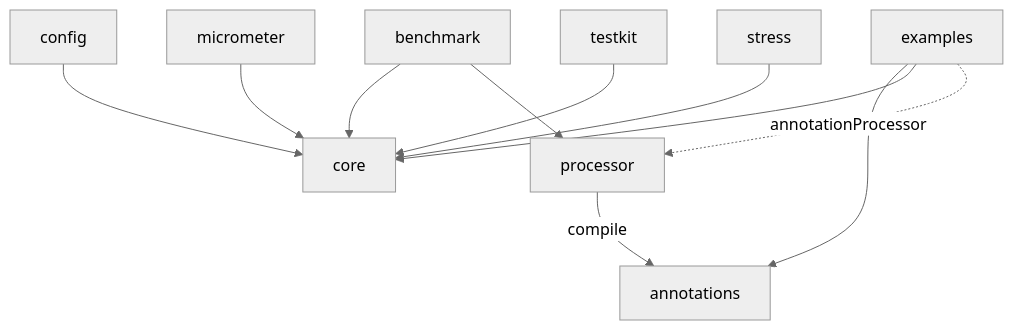
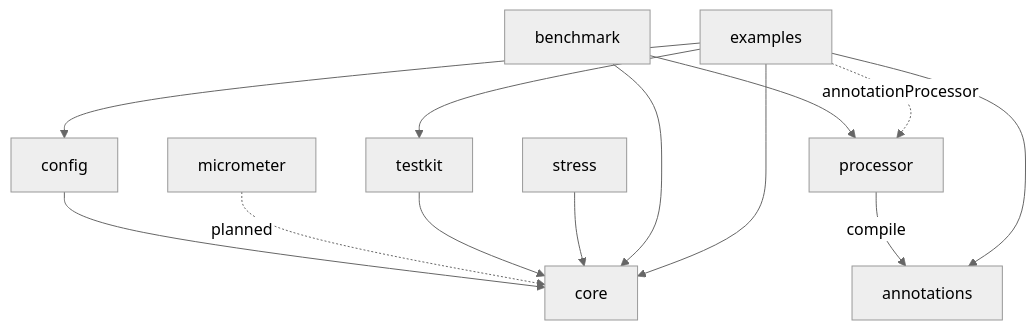
One commit to fabiangftech/resilience4cata changed the second of 2 diagrams in docs/en/architecture.md. Above: the diagram before and after it, drawn with Mermaid (neutral theme). The commit also changed other lines of this file and 62 other files, not shown here.

````diff
--- a/docs/en/architecture.md
+++ b/docs/en/architecture.md
@@ -133,13 +165,15 @@
 ```mermaid
 graph TD
   processor -->|compile| annotations
   config --> core
-  micrometer --> core
+  micrometer -.planned.-> core
   testkit --> core
   stress --> core
   benchmark --> core
   benchmark --> processor
   examples --> annotations
   examples --> core
+  examples --> config
+  examples --> testkit
   examples -.annotationProcessor.-> processor
 ```
````
